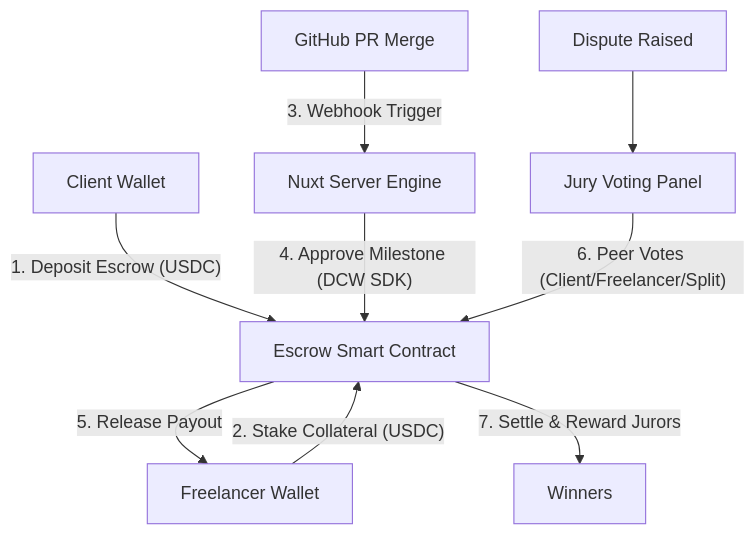
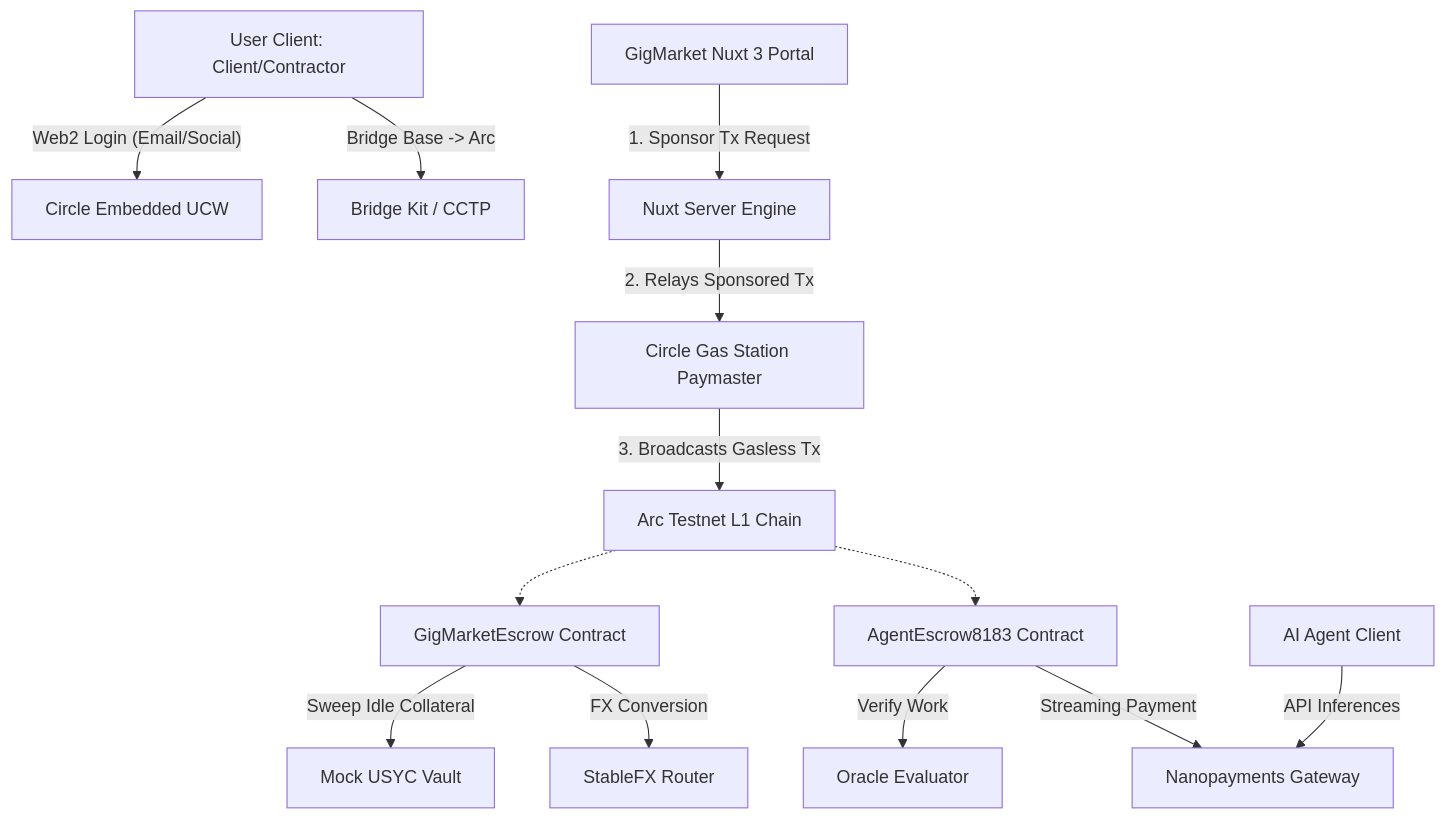
Before and after one commit to chaayadev1995/gig-market: the diagram in README.md, drawn with Mermaid. The commit also changed other lines of this file, not shown here.

Commit message:
docs: update README.md with comprehensive diagrams, architecture, and setup instructions

````diff
--- a/README.md
+++ b/README.md
@@ -18,13 +25,24 @@
 ```mermaid
 graph TD
-    Client[Client Wallet] -- 1. Deposit Escrow (USDC) --> Escrow[Escrow Smart Contract]
-    Freelancer[Freelancer Wallet] -- 2. Stake Collateral (USDC) --> Escrow
+    %% Clients
+    User[User Client: Client/Contractor] -- Web2 Login (Email/Social) --> UCW[Circle Embedded UCW]
+    User -- Bridge Base -> Arc --> Bridge[Bridge Kit / CCTP]
     
-    Github[GitHub PR Merge] -- 3. Webhook Trigger --> Backend[Nuxt Server Engine]
-    Backend -- 4. Approve Milestone (DCW SDK) --> Escrow
-    Escrow -- 5. Release Payout --> Freelancer
+    %% Nuxt App Router
+    App[GigMarket Nuxt 3 Portal] -- 1. Sponsor Tx Request --> Backend[Nuxt Server Engine]
+    Backend -- 2. Relays Sponsored Tx --> GasStation[Circle Gas Station Paymaster]
+    GasStation -- 3. Broadcasts Gasless Tx --> Arc[Arc Testnet L1 Chain]
     
-    Dispute[Dispute Raised] --> Jury[Jury Voting Panel]
-    Jury -- 6. Peer Votes (Client/Freelancer/Split) --> Escrow
-    Escrow -- 7. Settle & Reward Jurors --> Winners
+    %% Contracts
+    Arc -.-> Escrow[GigMarketEscrow Contract]
+    Arc -.-> AgentEscrow[AgentEscrow8183 Contract]
+    
+    %% Subsystem integrations
+    Escrow -- Sweep Idle Collateral --> USYC[Mock USYC Vault]
+    Escrow -- FX Conversion --> StableFX[StableFX Router]
+    
+    %% AI & Micropayments
+    AgentEscrow -- Verify Work --> Oracle[Oracle Evaluator]
+    AgentEscrow -- Streaming Payment --> Gateway[Nanopayments Gateway]
+    ClientAgent[AI Agent Client] -- API Inferences --> Gateway
 ```
````
